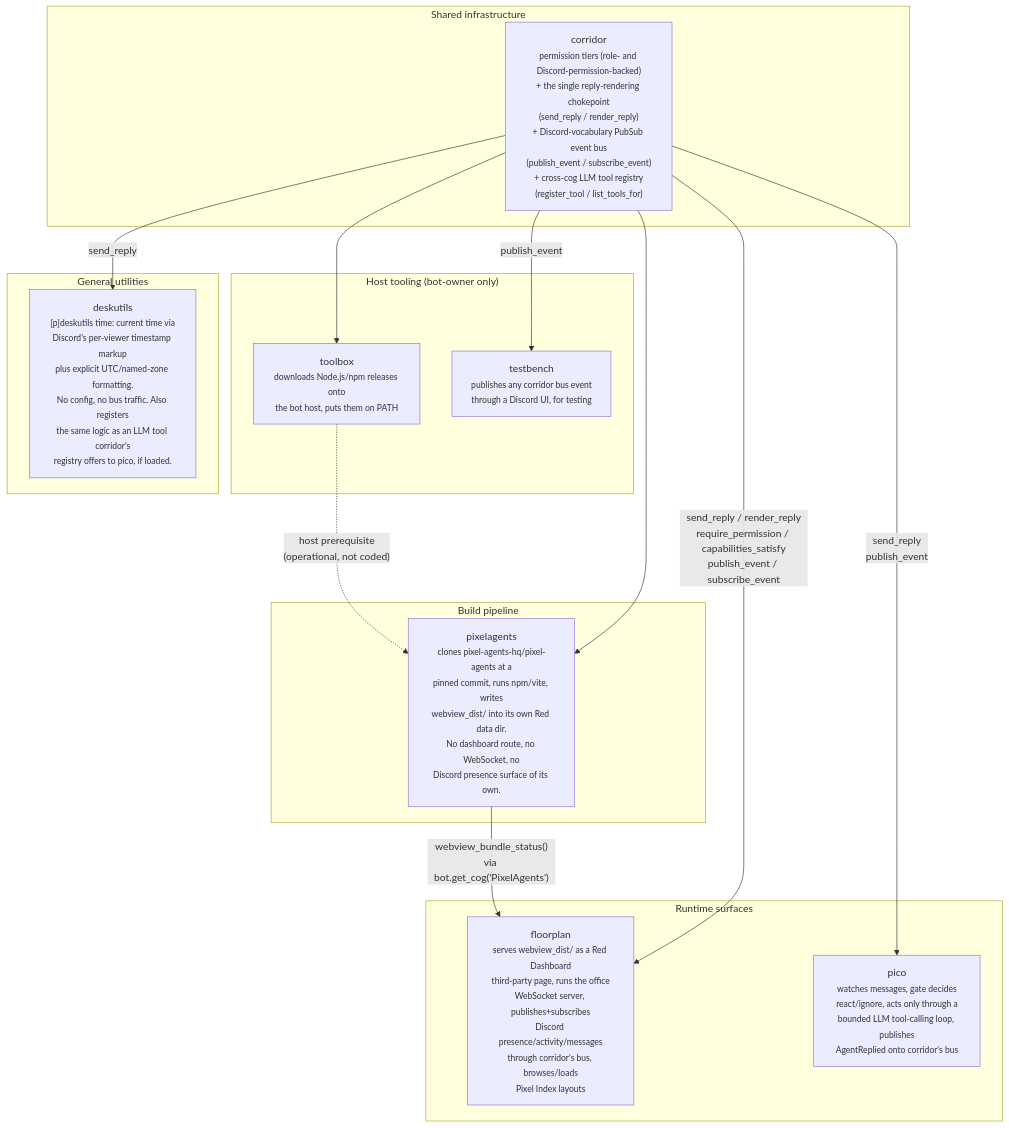
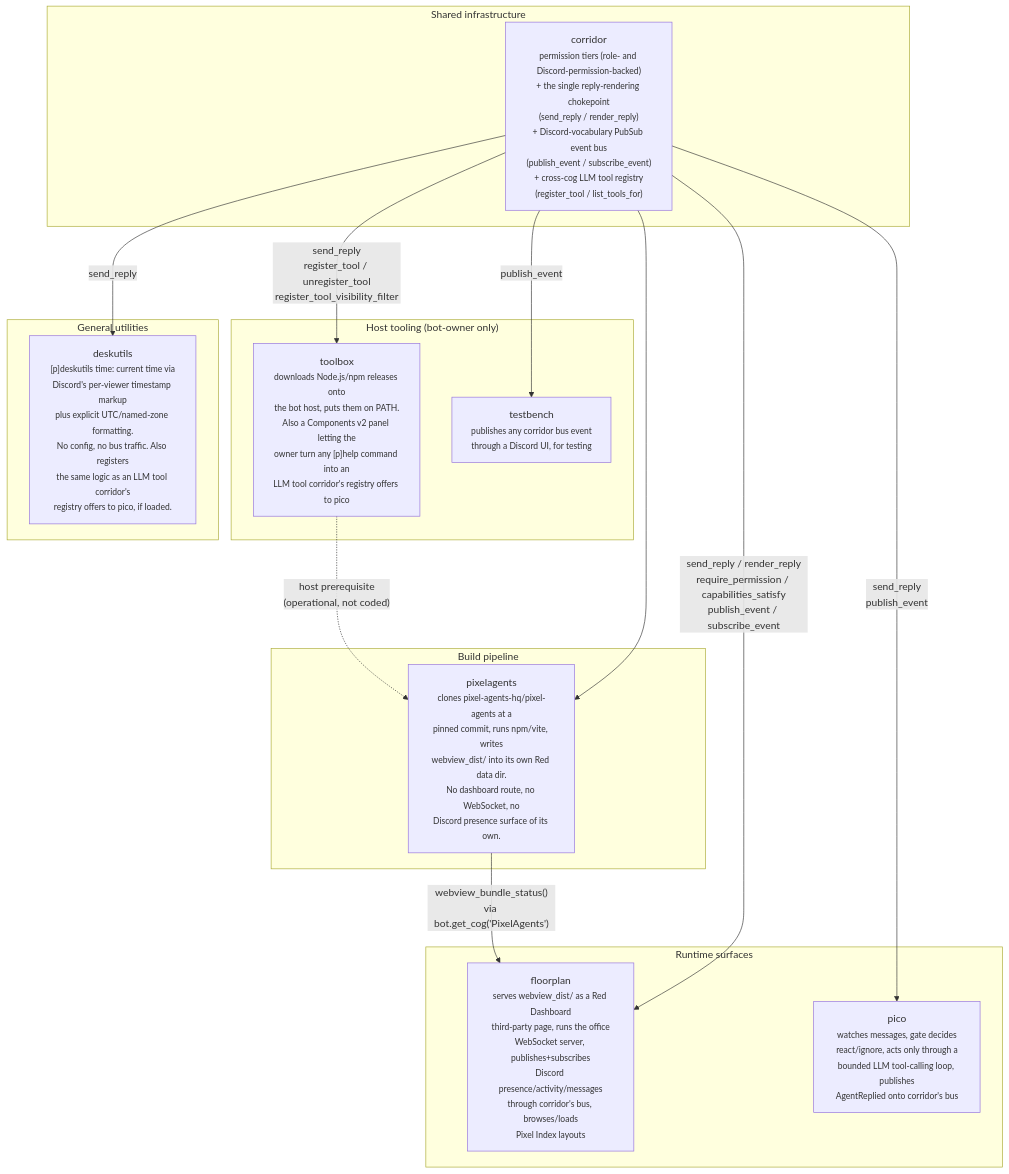
Before and after one commit to pixel-agents-hq/pixel-agents-cogs: the second of 7 diagrams in docs/architecture.md, drawn with Mermaid. The commit also changed other lines of this file and 34 other files, not shown here.

First line of the commit message:
feat(toolbox,corridor): command-to-LLM-tool toggle panel

````diff
--- a/docs/architecture.md
+++ b/docs/architecture.md
@@ -79,33 +79,33 @@
 ```mermaid
 flowchart TB
     subgraph shared["Shared infrastructure"]
         corridor["corridor<br/><small>permission tiers (role- and Discord-permission-backed)<br/>+ the single reply-rendering chokepoint<br/>(send_reply / render_reply)<br/>+ Discord-vocabulary PubSub event bus<br/>(publish_event / subscribe_event)<br/>+ cross-cog LLM tool registry<br/>(register_tool / list_tools_for)</small>"]
     end
 
     subgraph host["Host tooling (bot-owner only)"]
-        toolbox["toolbox<br/><small>downloads Node.js/npm releases onto<br/>the bot host, puts them on PATH</small>"]
+        toolbox["toolbox<br/><small>downloads Node.js/npm releases onto<br/>the bot host, puts them on PATH.<br/>Also a Components v2 panel letting the<br/>owner turn any [p]help command into an<br/>LLM tool corridor's registry offers to pico</small>"]
         testbench["testbench<br/><small>publishes any corridor bus event<br/>through a Discord UI, for testing</small>"]
     end
 
     subgraph build["Build pipeline"]
         pixelagents["pixelagents<br/><small>clones pixel-agents-hq/pixel-agents at a<br/>pinned commit, runs npm/vite, writes<br/>webview_dist/ into its own Red data dir.<br/>No dashboard route, no WebSocket, no<br/>Discord presence surface of its own.</small>"]
     end
 
     subgraph serve["Runtime surfaces"]
         floorplan["floorplan<br/><small>serves webview_dist/ as a Red Dashboard<br/>third-party page, runs the office<br/>WebSocket server, publishes+subscribes<br/>Discord presence/activity/messages<br/>through corridor's bus, browses/loads<br/>Pixel Index layouts</small>"]
         pico["pico<br/><small>watches messages, gate decides<br/>react/ignore, acts only through a<br/>bounded LLM tool-calling loop, publishes<br/>AgentReplied onto corridor's bus</small>"]
     end
 
     subgraph utility["General utilities"]
         deskutils["deskutils<br/><small>[p]deskutils time: current time via<br/>Discord's per-viewer timestamp markup<br/>plus explicit UTC/named-zone formatting.<br/>No config, no bus traffic. Also registers<br/>the same logic as an LLM tool corridor's<br/>registry offers to pico, if loaded.</small>"]
     end
 
     toolbox -.->|"host prerequisite<br/>(operational, not coded)"| pixelagents
     pixelagents -->|"webview_bundle_status()<br/>via bot.get_cog('PixelAgents')"| floorplan
     corridor -->|"send_reply / render_reply<br/>require_permission / capabilities_satisfy<br/>publish_event / subscribe_event"| floorplan
     corridor -->|"send_reply<br/>publish_event"| pico
     corridor --> pixelagents
-    corridor --> toolbox
+    corridor -->|"send_reply<br/>register_tool / unregister_tool<br/>register_tool_visibility_filter"| toolbox
     corridor -->|publish_event| testbench
     corridor -->|send_reply| deskutils
 ```
````
